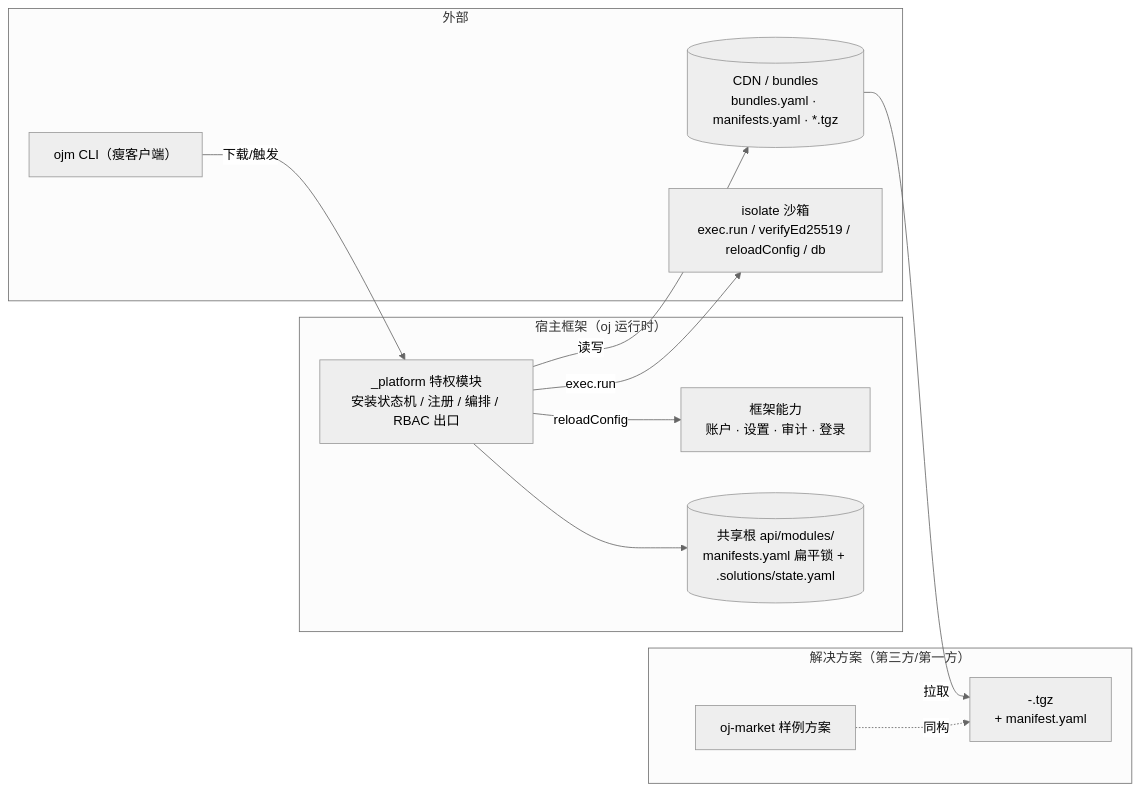
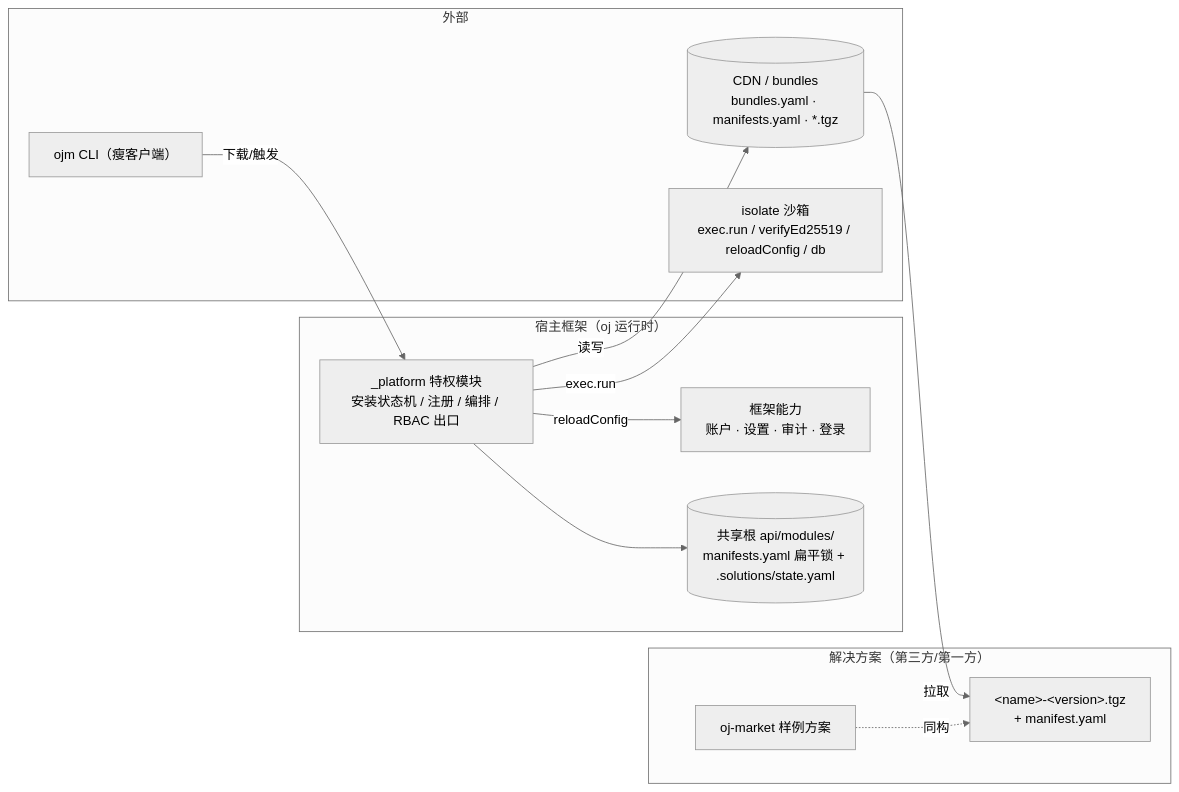
The first of 6 diagrams in docs/prd/solution/ARCHITECTURE.md (everpan/oj-module), drawn with Mermaid (neutral theme) before and after one commit. The commit also changed other lines of this file and 1 other file, not shown here.

First line of the commit message:
docs(solution): fix mermaid syntax in architecture/operations diagrams

````diff
--- a/docs/prd/solution/ARCHITECTURE.md
+++ b/docs/prd/solution/ARCHITECTURE.md
@@ -33,24 +33,24 @@
 ```mermaid
 flowchart LR
     subgraph AUTH["宿主框架（oj 运行时）"]
         OP["_platform 特权模块<br/>安装状态机 / 注册 / 编排 / RBAC 出口"]
         FW["框架能力<br/>账户 · 设置 · 审计 · 登录"]
         ROOT[("共享根 api/modules/<br/>manifests.yaml 扁平锁 + .solutions/state.yaml")]
     end
     subgraph EXT["外部"]
         OJM["ojm CLI（瘦客户端）"]
         CDN[("CDN / bundles<br/>bundles.yaml · manifests.yaml · *.tgz")]
         ISO["isolate 沙箱<br/>exec.run / verifyEd25519 / reloadConfig / db"]
     end
     subgraph SOL["解决方案（第三方/第一方）"]
-        TGZ["<name>-<version>.tgz<br/>+ manifest.yaml"]
+        TGZ["&lt;name&gt;-&lt;version&gt;.tgz<br/>+ manifest.yaml"]
         MRKT["oj-market 样例方案"]
     end
     OJM -->|下载/触发| OP
     OP -->|exec.run| ISO
     OP --> ROOT
     OP -->|reloadConfig| FW
     OP -->|读写| CDN
     CDN -->|拉取| TGZ
     MRKT -. 同构 .-> TGZ
 ```
````
